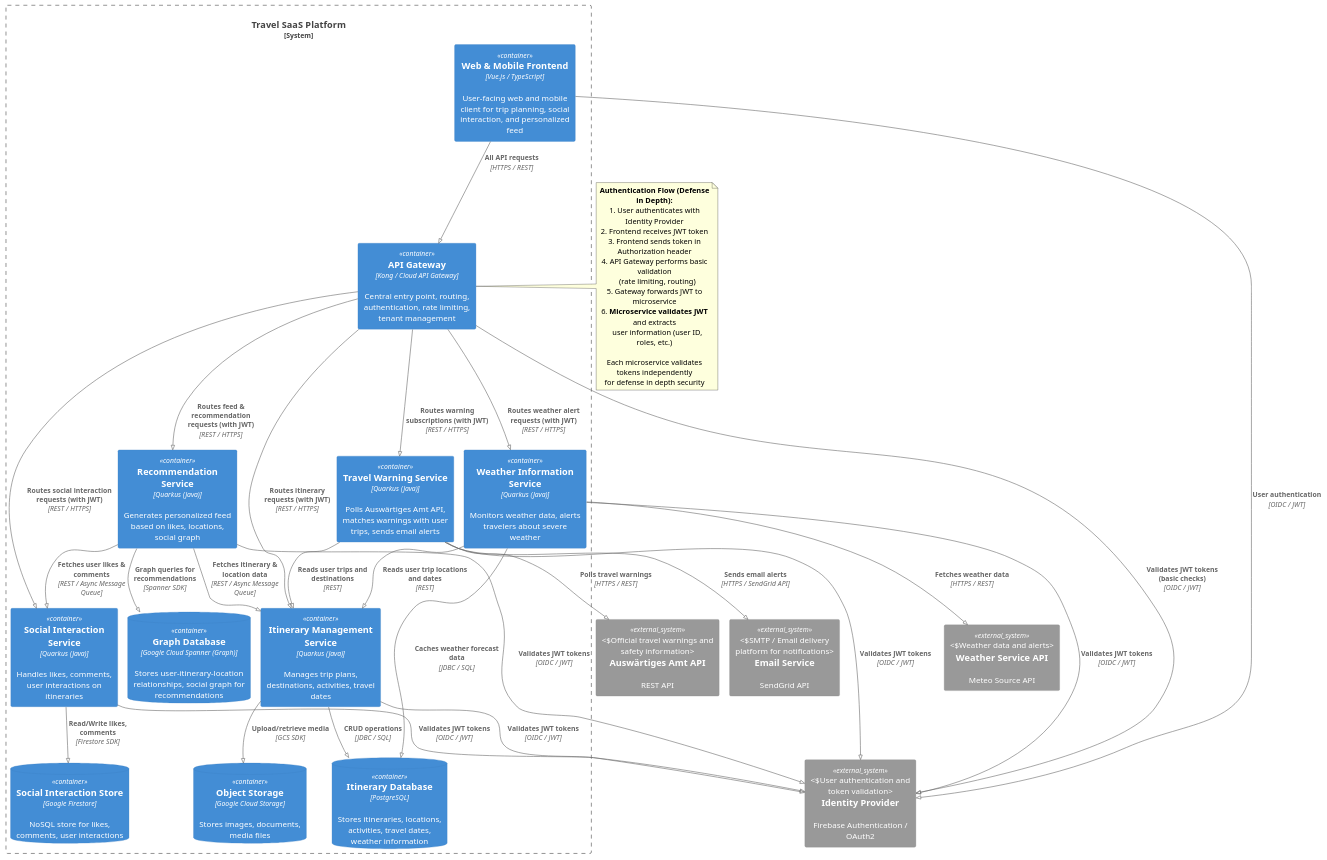
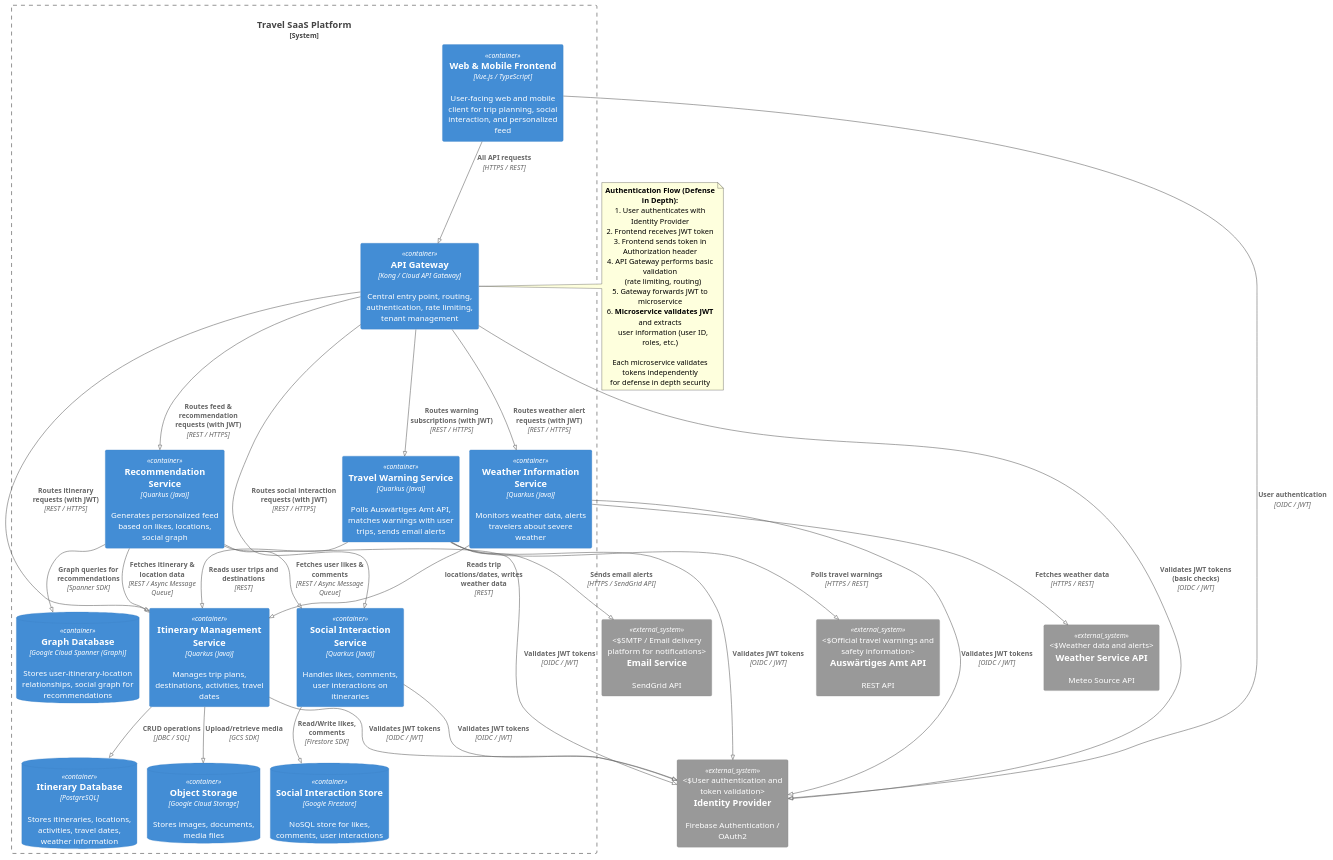
Before and after one commit to leotschritter/cad-backend: the diagram in docs/diagrams/software-architecture/03_software_architecture_diagram.puml, drawn with PlantUML.

Commit message:
fixed software architecture

```diff
--- a/docs/diagrams/software-architecture/03_software_architecture_diagram.puml
+++ b/docs/diagrams/software-architecture/03_software_architecture_diagram.puml
@@ -1,88 +1,87 @@
 @startuml
 !include <C4/C4_Container>
 
 
 !pragma layout smetana
 
 System_Boundary(travelSaaS, "Travel SaaS Platform") {
 
     ' Frontend
     Container(frontend, "Web & Mobile Frontend", "Vue.js / TypeScript", "User-facing web and mobile client for trip planning, social interaction, and personalized feed")
 
     ' API Gateway
     Container(apiGateway, "API Gateway", "Kong / Cloud API Gateway", "Central entry point, routing, authentication, rate limiting, tenant management")
 
     ' Microservices
     Container(itineraryService, "Itinerary Management Service", "Quarkus (Java)", "Manages trip plans, destinations, activities, travel dates")
     Container(socialService, "Social Interaction Service", "Quarkus (Java)", "Handles likes, comments, user interactions on itineraries")
     Container(recommendationService, "Recommendation Service", "Quarkus (Java)", "Generates personalized feed based on likes, locations, social graph")
     Container(travelWarningService, "Travel Warning Service", "Quarkus (Java)", "Polls Auswärtiges Amt API, matches warnings with user trips, sends email alerts")
     Container(weatherWarningService, "Weather Information Service", "Quarkus (Java)", "Monitors weather data, alerts travelers about severe weather")
 
     ' Datastores
     ContainerDb(itineraryDb, "Itinerary Database", "PostgreSQL", "Stores itineraries, locations, activities, travel dates, weather information")
     ContainerDb(objectStorage, "Object Storage", "Google Cloud Storage", "Stores images, documents, media files")
     ContainerDb(socialDb, "Social Interaction Store", "Google Firestore", "NoSQL store for likes, comments, user interactions")
     ContainerDb(recommendationDb, "Graph Database", "Google Cloud Spanner (Graph)", "Stores user-itinerary-location relationships, social graph for recommendations")
 }
 
 ' External Systems
 System_Ext(identity, "Identity Provider", "Firebase Authentication / OAuth2", "User authentication and token validation")
 System_Ext(auswaertigesAmt, "Auswärtiges Amt API", "REST API", "Official travel warnings and safety information")
 System_Ext(emailApi, "Email Service", "SendGrid API", "SMTP / Email delivery platform for notifications")
 System_Ext(weatherApi, "Weather Service API", "Meteo Source API", "Weather data and alerts")
 
 ' Frontend Relationships
 Rel(frontend, identity, "User authentication", "OIDC / JWT")
 Rel(frontend, apiGateway, "All API requests", "HTTPS / REST")
 
 ' API Gateway to Microservices
 Rel(apiGateway, itineraryService, "Routes itinerary requests (with JWT)", "REST / HTTPS")
 Rel(apiGateway, socialService, "Routes social interaction requests (with JWT)", "REST / HTTPS")
 Rel(apiGateway, recommendationService, "Routes feed & recommendation requests (with JWT)", "REST / HTTPS")
 Rel(apiGateway, travelWarningService, "Routes warning subscriptions (with JWT)", "REST / HTTPS")
 Rel(apiGateway, weatherWarningService, "Routes weather alert requests (with JWT)", "REST / HTTPS")
 
 ' Microservices to Datastores
 Rel(itineraryService, itineraryDb, "CRUD operations", "JDBC / SQL")
 Rel(itineraryService, objectStorage, "Upload/retrieve media", "GCS SDK")
 Rel(socialService, socialDb, "Read/Write likes, comments", "Firestore SDK")
 Rel(recommendationService, recommendationDb, "Graph queries for recommendations", "Spanner SDK")
-Rel(weatherWarningService, itineraryDb, "Caches weather forecast data", "JDBC / SQL")
 
 ' Service-to-Service Communication
 Rel(recommendationService, socialService, "Fetches user likes & comments", "REST / Async Message Queue")
 Rel(recommendationService, itineraryService, "Fetches itinerary & location data", "REST / Async Message Queue")
 Rel(travelWarningService, itineraryService, "Reads user trips and destinations", "REST")
-Rel(weatherWarningService, itineraryService, "Reads user trip locations and dates", "REST")
+Rel(weatherWarningService, itineraryService, "Reads trip locations/dates, writes weather data", "REST")
 
 ' External Service Relationships
 Rel(apiGateway, identity, "Validates JWT tokens (basic checks)", "OIDC / JWT")
 Rel(travelWarningService, auswaertigesAmt, "Polls travel warnings", "HTTPS / REST")
 Rel(travelWarningService, emailApi, "Sends email alerts", "HTTPS / SendGrid API")
 Rel(weatherWarningService, weatherApi, "Fetches weather data", "HTTPS / REST")
 
 ' Microservices to Identity Provider for token validation
 Rel(itineraryService, identity, "Validates JWT tokens", "OIDC / JWT")
 Rel(socialService, identity, "Validates JWT tokens", "OIDC / JWT")
 Rel(recommendationService, identity, "Validates JWT tokens", "OIDC / JWT")
 Rel(travelWarningService, identity, "Validates JWT tokens", "OIDC / JWT")
 Rel(weatherWarningService, identity, "Validates JWT tokens", "OIDC / JWT")
 
 ' Note about authentication flow
 note right of apiGateway
   **Authentication Flow (Defense in Depth):**
   1. User authenticates with Identity Provider
   2. Frontend receives JWT token
   3. Frontend sends token in Authorization header
   4. API Gateway performs basic validation
      (rate limiting, routing)
   5. Gateway forwards JWT to microservice
   6. **Microservice validates JWT** and extracts
      user information (user ID, roles, etc.)
 
   Each microservice validates tokens independently
   for defense in depth security
 end note
 
 @enduml
```
